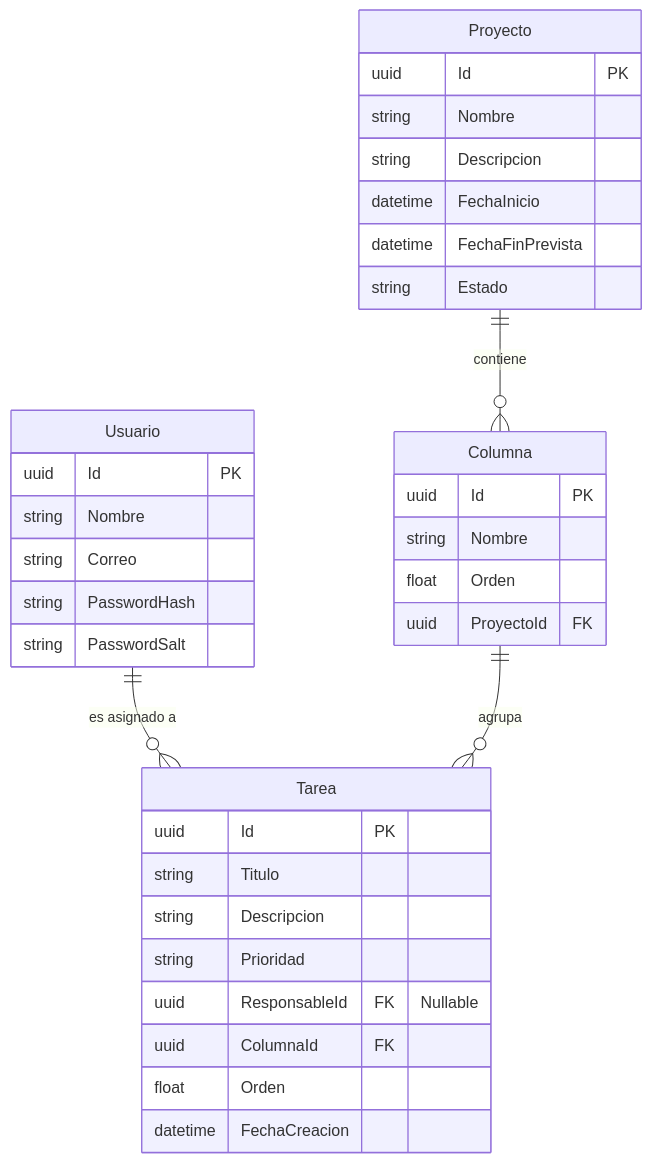
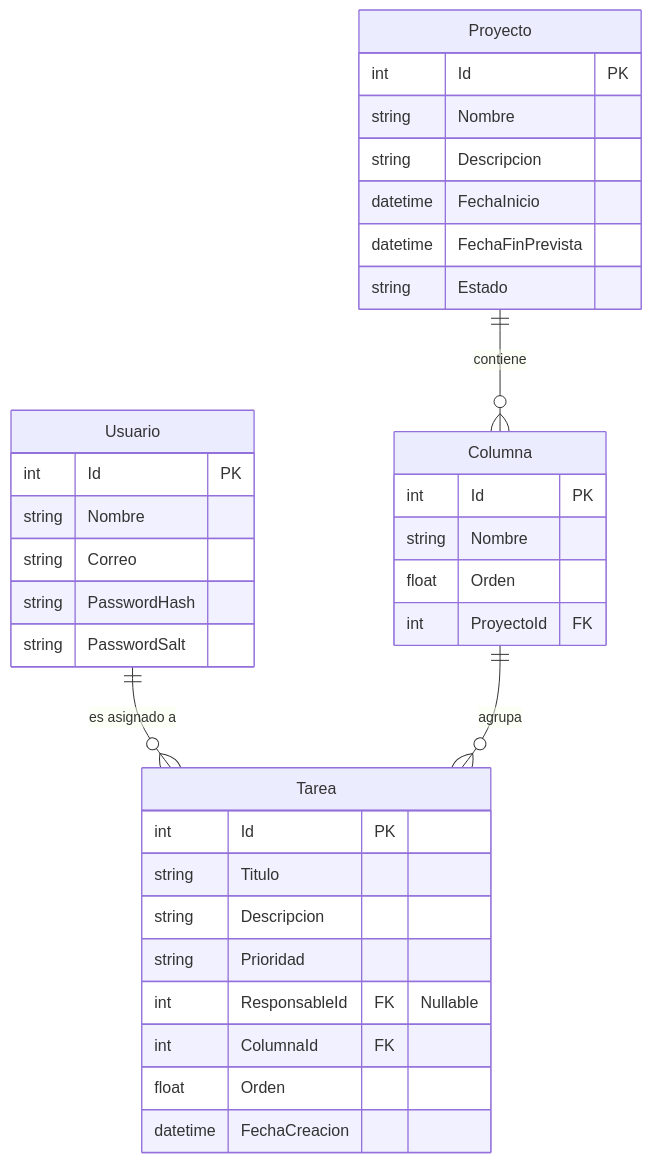
One commit to SamVp29/Kanban_SamVP changed the diagram in README.md. Above: the diagram before and after it, drawn with Mermaid. The commit also changed other lines of this file, not shown here.

````diff
--- a/README.md
+++ b/README.md
@@ -95,41 +104,41 @@
 ```mermaid
 erDiagram
     Usuario ||--o{ Tarea : "es asignado a"
     Proyecto ||--o{ Columna : "contiene"
     Columna ||--o{ Tarea : "agrupa"
 
     Usuario {
-        uuid Id PK
+        int Id PK
         string Nombre
         string Correo
         string PasswordHash
         string PasswordSalt
     }
 
     Proyecto {
-        uuid Id PK
+        int Id PK
         string Nombre
         string Descripcion
         datetime FechaInicio
         datetime FechaFinPrevista
         string Estado
     }
 
     Columna {
-        uuid Id PK
+        int Id PK
         string Nombre
         float Orden
-        uuid ProyectoId FK
+        int ProyectoId FK
     }
 
     Tarea {
-        uuid Id PK
+        int Id PK
         string Titulo
         string Descripcion
         string Prioridad
-        uuid ResponsableId FK "Nullable"
-        uuid ColumnaId FK
+        int ResponsableId FK "Nullable"
+        int ColumnaId FK
         float Orden
         datetime FechaCreacion
     }
 ```
````
